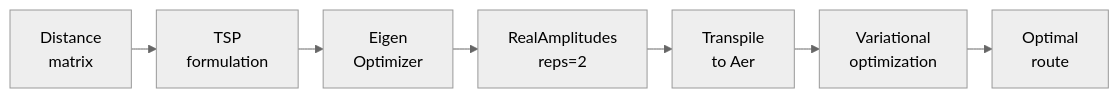
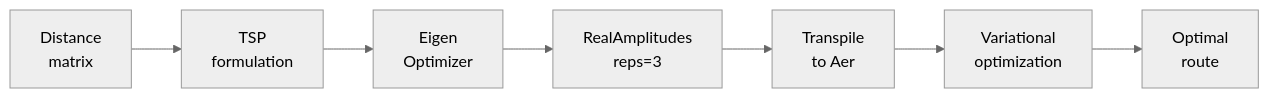
Before and after one commit to PouliotAlexis/QuantumCT-RTRC-qBraid-Challenge: the second of 3 diagrams in README.md, drawn with Mermaid (neutral theme). The commit also changed other lines of this file, not shown here.

Commit message:
docs: update mermaid diagrams in README to fix formatting and increase RealAmplitudes reps

````diff
--- a/README.md
+++ b/README.md
@@ -127,12 +127,4 @@
 ```mermaid
-%%{init: {"flowchart": {"rankSpacing": 25}} }%%
 flowchart LR
-    A["Distance
-matrix"] --> B["TSP
-formulation"] --> C["Eigen
-Optimizer"] --> D["RealAmplitudes
-reps=2"] --> E["Transpile
-to Aer"] --> F["Variational
-optimization"] --> G["Optimal
-route"]
+    A["Distance<br/>matrix"] --> B["TSP<br/>formulation"] --> C["Eigen<br/>Optimizer"] --> D["RealAmplitudes<br/>reps=3"] --> E["Transpile<br/>to Aer"] --> F["Variational<br/>optimization"] --> G["Optimal<br/>route"]
 ```
````
